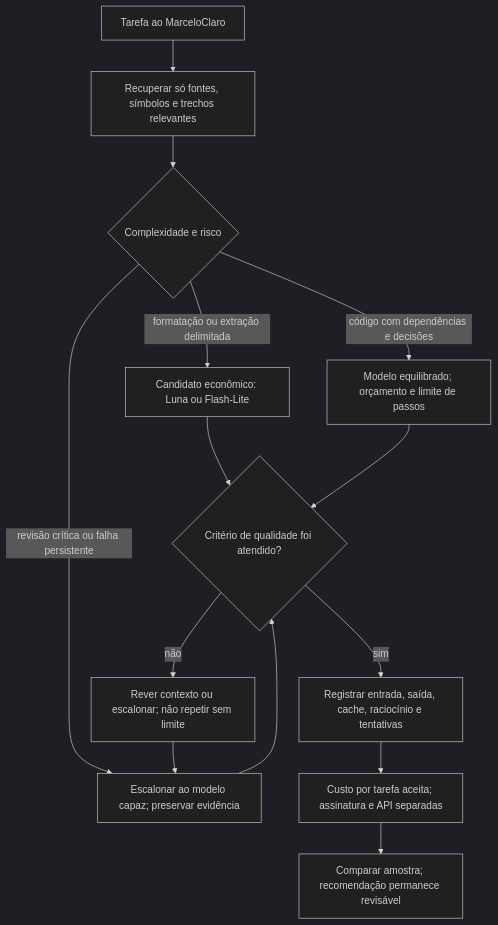
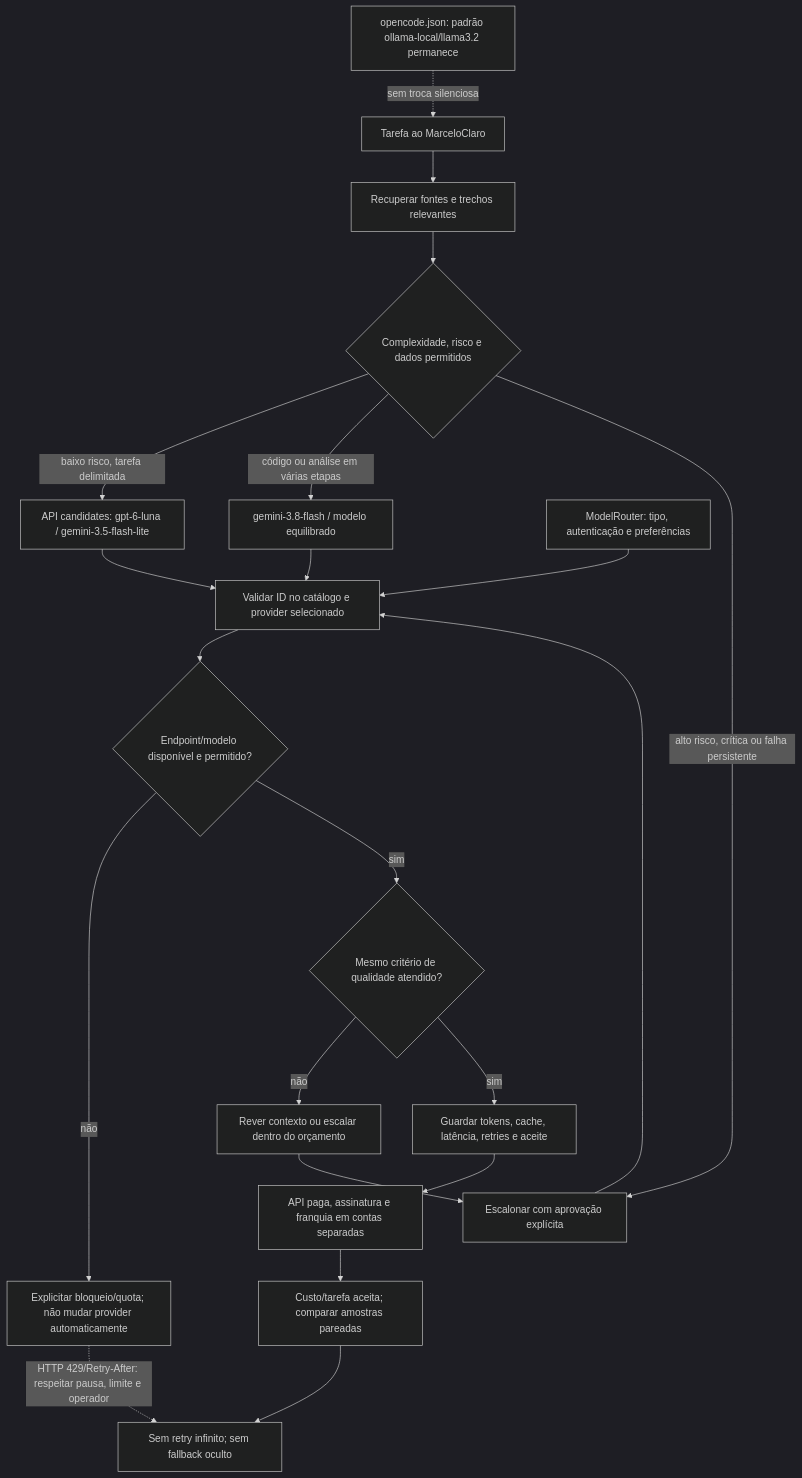
Before and after one commit to MarceloClaro/opencode-ecosystem-core: the diagram in docs/architecture/flows/20-economia-modelos.mmd, drawn with Mermaid (dark theme). The commit also changed 21 other files, not shown here.

First line of the commit message:
fix(arquitetura): remove aspas de rótulos de aresta nos fluxos Mermaid (renderização)

```diff
--- a/docs/architecture/flows/20-economia-modelos.mmd
+++ b/docs/architecture/flows/20-economia-modelos.mmd
@@ -1,14 +1,21 @@
 flowchart TB
-  TASK["Tarefa ao MarceloClaro"] --> CONTEXT["Recuperar só fontes, símbolos e trechos relevantes"]
-  CONTEXT --> TYPE{"Complexidade e risco"}
-  TYPE -->|"formatação ou extração delimitada"| SMALL["Candidato econômico: Luna ou Flash-Lite"]
-  TYPE -->|"código com dependências e decisões"| BALANCE["Modelo equilibrado; orçamento e limite de passos"]
-  TYPE -->|"revisão crítica ou falha persistente"| STRONG["Escalonar ao modelo capaz; preservar evidência"]
-  SMALL --> QUALITY{"Critério de qualidade foi atendido?"}
-  BALANCE --> QUALITY
-  STRONG --> QUALITY
-  QUALITY -->|"não"| REVIEW["Rever contexto ou escalonar; não repetir sem limite"]
+  TASK["Tarefa ao MarceloClaro"] --> CONTEXT["Recuperar fontes e trechos relevantes"]
+  CONTEXT --> TYPE{"Complexidade, risco e dados permitidos"}
+  TYPE -->|baixo risco, tarefa delimitada| ECONOMIC["API candidates: gpt-6-luna / gemini-3.5-flash-lite"]
+  TYPE -->|código ou análise em várias etapas| BALANCED["gemini-3.8-flash / modelo equilibrado"]
+  TYPE -->|alto risco, crítica ou falha persistente| STRONG["Escalonar com aprovação explícita"]
+  CONFIG["opencode.json: padrão ollama-local/llama3.2 permanece"] -.->|sem troca silenciosa| TASK
+  ROUTER["ModelRouter: tipo, autenticação e preferências"] --> CANDIDATE["Validar ID no catálogo e provider selecionado"]
+  ECONOMIC --> CANDIDATE
+  BALANCED --> CANDIDATE
+  STRONG --> CANDIDATE
+  CANDIDATE --> AVAILABLE{"Endpoint/modelo disponível e permitido?"}
+  AVAILABLE -->|não| BLOCK["Explicitar bloqueio/quota; não mudar provider automaticamente"]
+  AVAILABLE -->|sim| QUALITY{"Mesmo critério de qualidade atendido?"}
+  QUALITY -->|não| REVIEW["Rever contexto ou escalar dentro do orçamento"]
   REVIEW --> STRONG
-  QUALITY -->|"sim"| MEASURE["Registrar entrada, saída, cache, raciocínio e tentativas"]
-  MEASURE --> COST["Custo por tarefa aceita; assinatura e API separadas"]
-  COST --> COMPARE["Comparar amostra; recomendação permanece revisável"]
+  QUALITY -->|sim| MEASURE["Guardar tokens, cache, latência, retries e aceite"]
+  MEASURE --> COST["API paga, assinatura e franquia em contas separadas"]
+  COST --> COMPARE["Custo/tarefa aceita; comparar amostras pareadas"]
+  BLOCK -.->|HTTP 429/Retry-After: respeitar pausa, limite e operador| CONTROL["Sem retry infinito; sem fallback oculto"]
+  COMPARE --> CONTROL
```
